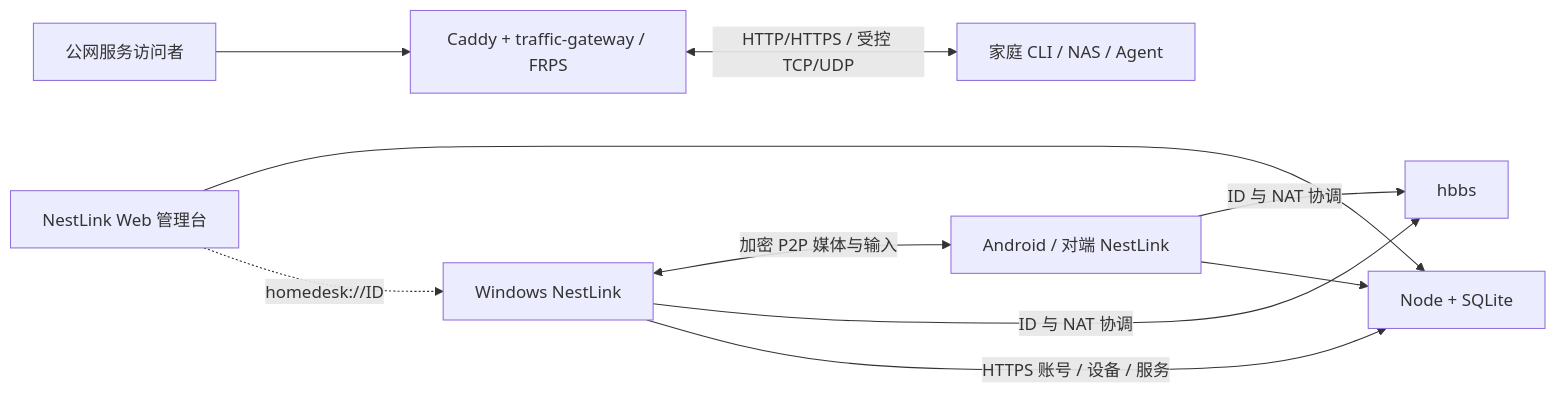
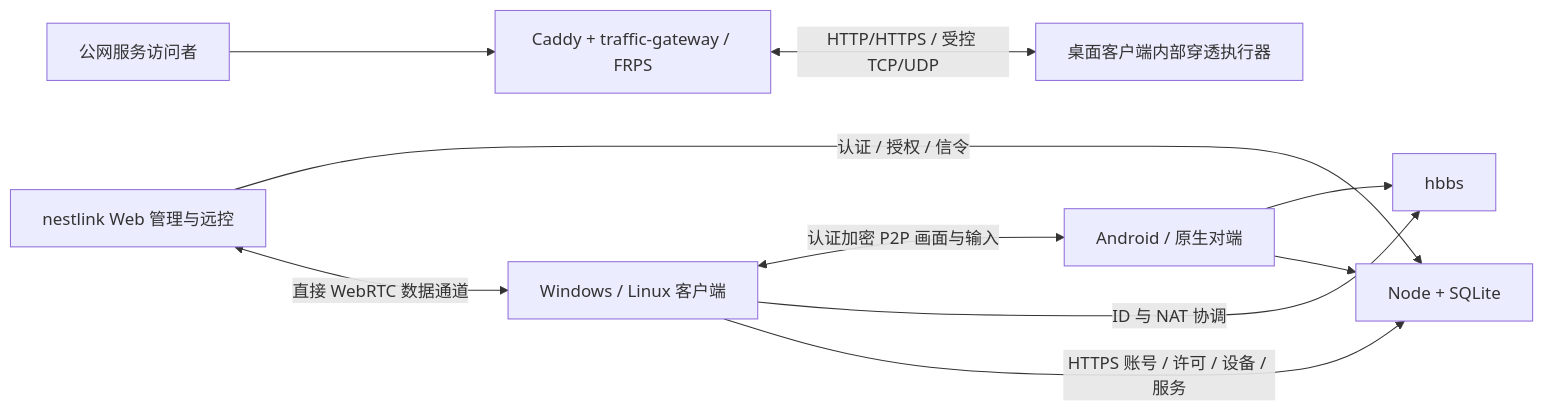
Before and after one commit to ZHanry/home-tunnel: the diagram in docs/ARCHITECTURE.md, drawn with Mermaid. The commit also changed other lines of this file and 28 other files, not shown here.

````diff
--- a/docs/ARCHITECTURE.md
+++ b/docs/ARCHITECTURE.md
@@ -7,12 +7,12 @@
 ```mermaid
 flowchart LR
-  W[Windows NestLink] <-->|加密 P2P 媒体与输入| A[Android / 对端 NestLink]
+  W[Windows / Linux 客户端] <-->|认证加密 P2P 画面与输入| A[Android / 原生对端]
   W -->|ID 与 NAT 协调| H[hbbs]
-  A -->|ID 与 NAT 协调| H
-  W -->|HTTPS 账号 / 设备 / 服务| C[Node + SQLite]
+  A --> H
+  W -->|HTTPS 账号 / 许可 / 设备 / 服务| C[Node + SQLite]
   A --> C
-  Web[NestLink Web 管理台] --> C
-  Web -.->|homedesk://ID| W
+  Web[nestlink Web 管理与远控] -->|认证 / 授权 / 信令| C
+  Web <-->|直接 WebRTC 数据通道| W
   Visitor[公网服务访问者] --> Edge[Caddy + traffic-gateway / FRPS]
-  Edge <-->|HTTP/HTTPS / 受控 TCP/UDP| Agent[家庭 CLI / NAS / Agent]
+  Edge <-->|HTTP/HTTPS / 受控 TCP/UDP| Tunnel[桌面客户端内部穿透执行器]
 ```
````
